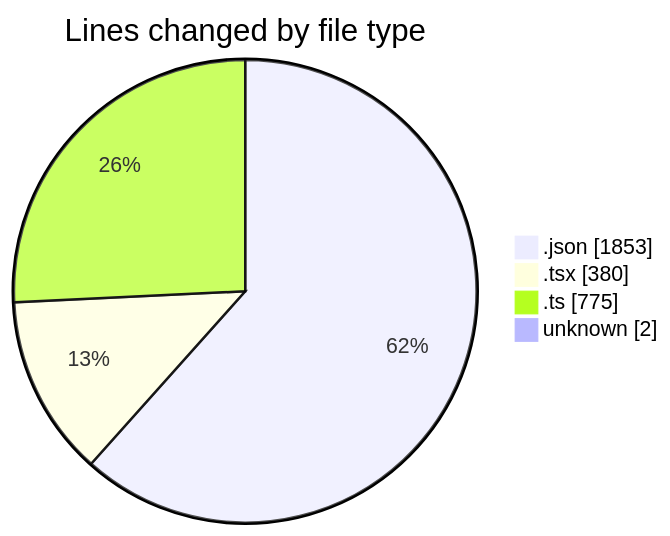
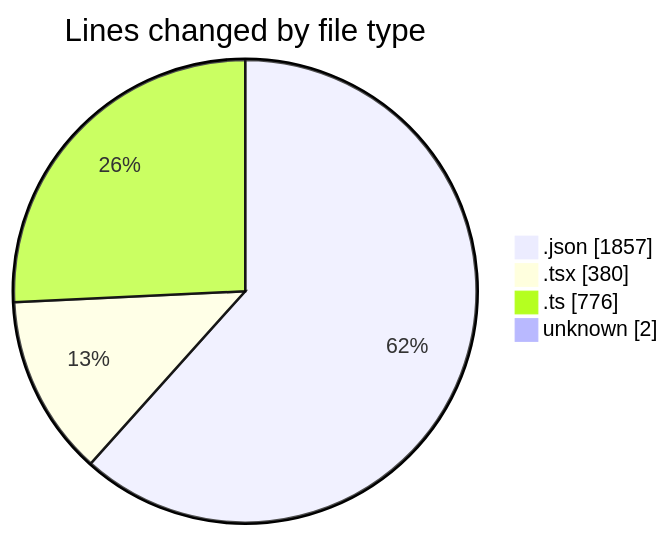
The first of 2 diagrams in 2025-11-19/eventscop-frontend-guide__workspace_/README.md (julien-gomy/code-tracking), drawn with Mermaid before and after one commit. The commit also changed other lines of this file and 1 other file, not shown here.

````diff
--- a/2025-11-19/eventscop-frontend-guide__workspace_/README.md
+++ b/2025-11-19/eventscop-frontend-guide__workspace_/README.md
@@ -40,8 +40,8 @@
 ```mermaid
 pie showData
 title Lines changed by file type
-".json" : 1853
+".json" : 1857
 ".tsx" : 380
-".ts" : 775
+".ts" : 776
 "unknown" : 2
 ```
````
